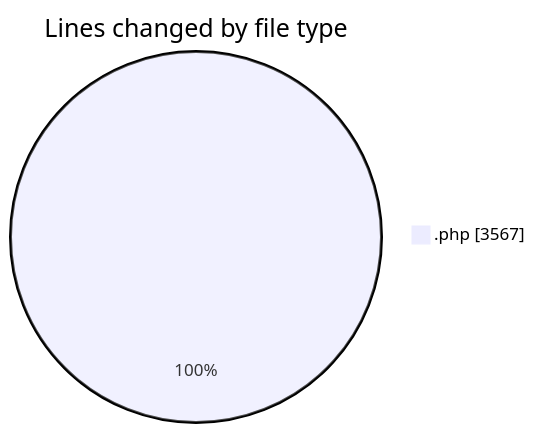
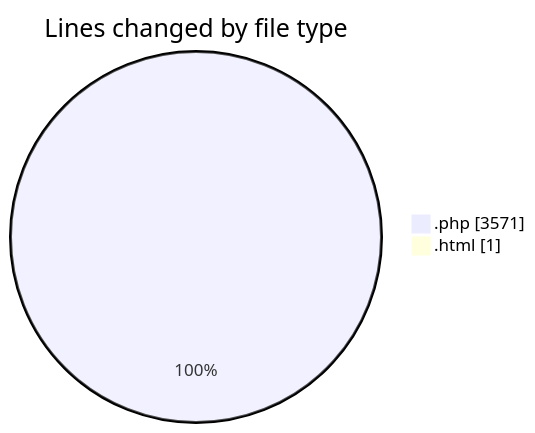
The first of 2 diagrams in 2025-09-13/shop/README.md (vahidmafi/code-tracking), drawn with Mermaid before and after one commit. The commit also changed other lines of this file and 1 other file, not shown here.

````diff
--- a/2025-09-13/shop/README.md
+++ b/2025-09-13/shop/README.md
@@ -20,5 +21,6 @@
 ```mermaid
 pie showData
 title Lines changed by file type
-".php" : 3567
+".php" : 3571
+".html" : 1
 ```
````
